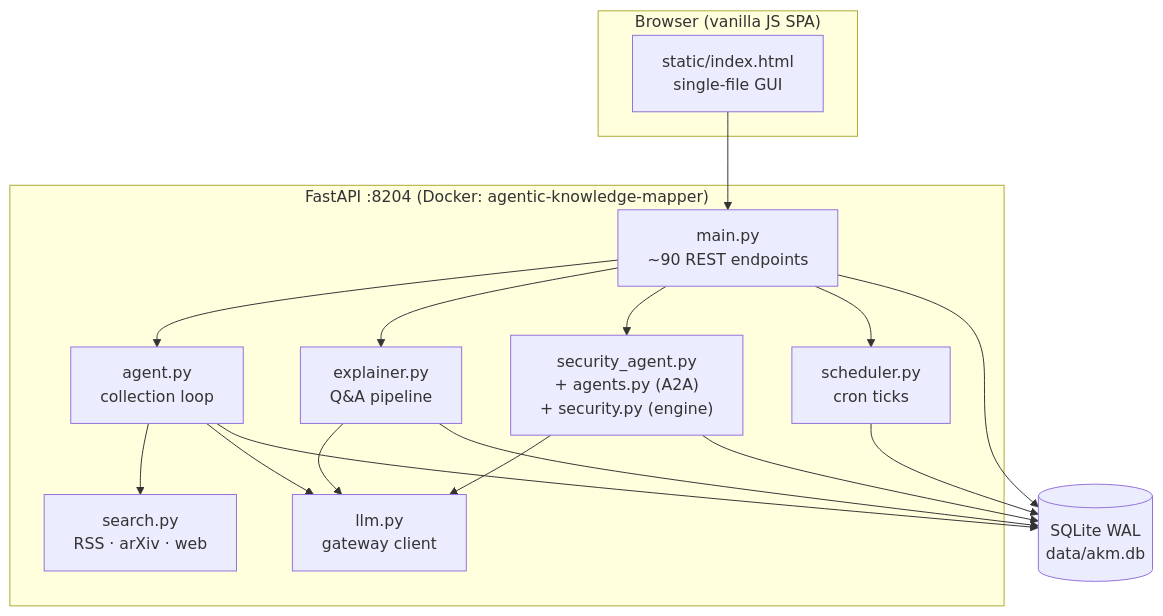
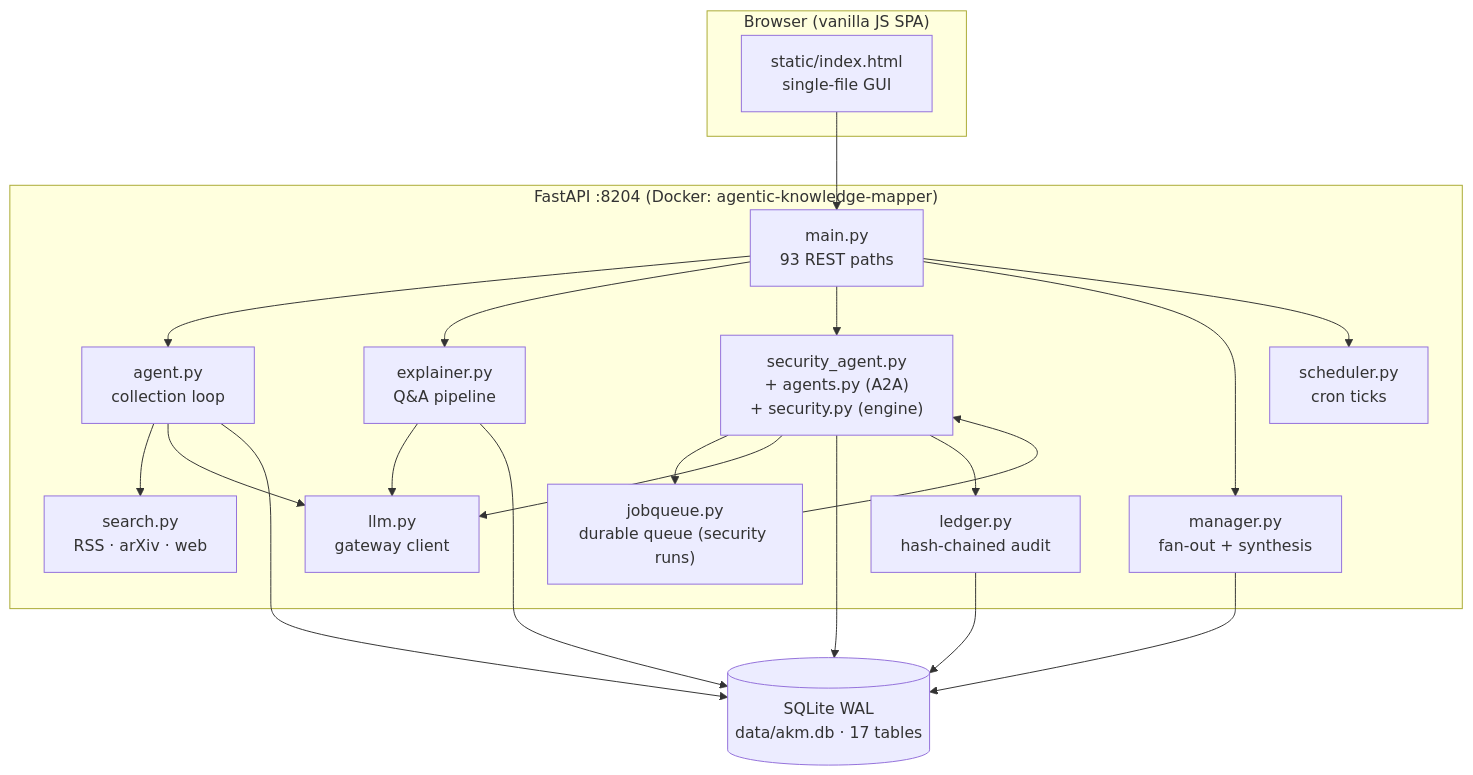
Before and after one commit to harishgovardhandamodar/agentic-knowledge-mapper: the second of 4 diagrams in docs/architecture.md, drawn with Mermaid. The commit also changed other lines of this file and 31 other files, not shown here.

````diff
--- a/docs/architecture.md
+++ b/docs/architecture.md
@@ -30,21 +57,28 @@
 ```mermaid
 flowchart TB
     subgraph Browser["Browser (vanilla JS SPA)"]
         UI["static/index.html\nsingle-file GUI"]
     end
     subgraph App["FastAPI :8204 (Docker: agentic-knowledge-mapper)"]
-        API["main.py\n~90 REST endpoints"]
-        AG["agent.py\ncollection loop"]
-        EX["explainer.py\nQ&A pipeline"]
-        SEC["security_agent.py\n+ agents.py (A2A)\n+ security.py (engine)"]
-        SCH["scheduler.py\ncron ticks"]
-        SRCH["search.py\nRSS · arXiv · web"]
-        LLM["llm.py\ngateway client"]
+        API["main.py<br/>93 REST paths"]
+        AG["agent.py<br/>collection loop"]
+        EX["explainer.py<br/>Q&A pipeline"]
+        SEC["security_agent.py<br/>+ agents.py (A2A)<br/>+ security.py (engine)"]
+        MGR["manager.py<br/>fan-out + synthesis"]
+        JOB["jobqueue.py<br/>durable queue (security runs)"]
+        SCH["scheduler.py<br/>cron ticks"]
+        SRCH["search.py<br/>RSS · arXiv · web"]
+        LLM["llm.py<br/>gateway client"]
+        LED["ledger.py<br/>hash-chained audit"]
     end
-    DB[("SQLite WAL\ndata/akm.db")]
+    DB[("SQLite WAL<br/>data/akm.db · 17 tables")]
     UI --> API
-    API --> AG & EX & SEC & SCH
+    API --> AG & EX & SEC & MGR & SCH
+    SEC --> JOB
+    JOB --> SEC
     AG --> SRCH
     AG & EX & SEC --> LLM
-    API & AG & EX & SEC & SCH --> DB
+    AG & EX & SEC & MGR & LED --> DB
+    SEC --> LED
+
 ```
````
